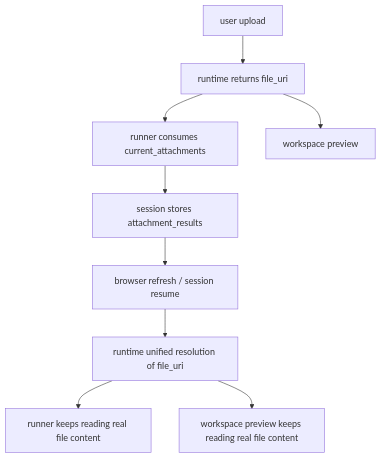
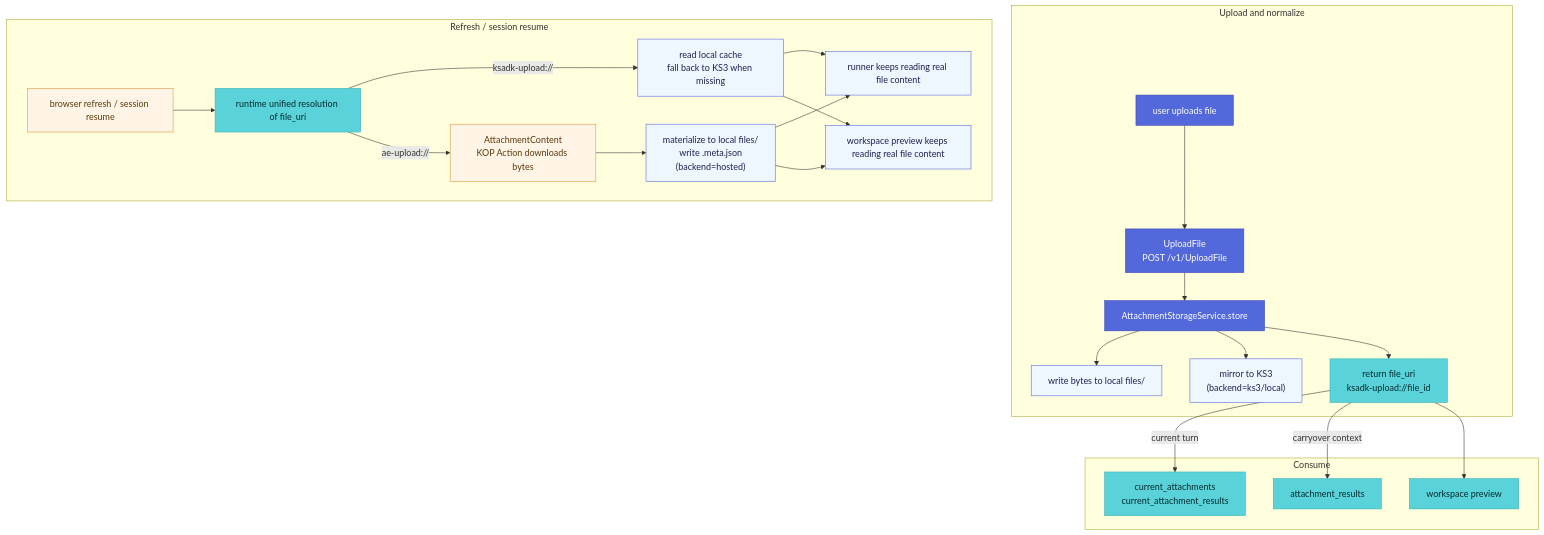
Before and after one commit to kingsoftcloud/ksadk-python: the third of 3 diagrams in docs-site/content/docs/framework/guides/attachments-multimodal.en.mdx, drawn with Mermaid. The commit also changed other lines of this file and 33 other files, not shown here.

````diff
--- a/docs-site/content/docs/framework/guides/attachments-multimodal.en.mdx
+++ b/docs-site/content/docs/framework/guides/attachments-multimodal.en.mdx
@@ -391,11 +391,32 @@
 ```mermaid
 flowchart TD
-  U["user upload"] --> R["runtime returns file_uri"]
-  R --> C["runner consumes current_attachments"]
-  R --> W["workspace preview"]
-  C --> S["session stores attachment_results"]
-  S --> F["browser refresh / session resume"]
-  F --> RC["runtime unified resolution of file_uri"]
-  RC --> C2["runner keeps reading real file content"]
-  RC --> W2["workspace preview keeps reading real file content"]
+  classDef upload fill:#5368db,stroke:#3b46b8,color:#fff
+  classDef uri fill:#59d3d9,stroke:#3aaeb4,color:#062b2d
+  classDef cache fill:#eef6ff,stroke:#5368db,color:#1b2350
+  classDef hosted fill:#fff4e6,stroke:#e0933a,color:#5a3a0a
+
+  subgraph upload_path["Upload and normalize"]
+    U["user uploads file"]:::upload --> UF["UploadFile<br/>POST /v1/UploadFile"]:::upload
+    UF --> S["AttachmentStorageService.store"]:::upload
+    S --> LC1["write bytes to local files/"]:::cache
+    S --> KS3["mirror to KS3<br/>(backend=ks3/local)"]:::cache
+    S --> R["return file_uri<br/>ksadk-upload://file_id"]:::uri
+  end
+
+  subgraph consume["Consume"]
+    R -->|"current turn"| CA["current_attachments<br/>current_attachment_results"]:::uri
+    R -->|"carryover context"| AR["attachment_results"]:::uri
+    R --> WP["workspace preview"]:::uri
+  end
+
+  subgraph refresh["Refresh / session resume"]
+    F["browser refresh / session resume"]:::hosted --> RC["runtime unified resolution of file_uri"]:::uri
+    RC -->|"ksadk-upload://"| LCR["read local cache<br/>fall back to KS3 when missing"]:::cache
+    RC -->|"ae-upload://"| AE["AttachmentContent<br/>KOP Action downloads bytes"]:::hosted
+    AE --> MZ["materialize to local files/<br/>write .meta.json<br/>(backend=hosted)"]:::cache
+    MZ --> C2["runner keeps reading real file content"]:::cache
+    LCR --> C2
+    LCR --> W2["workspace preview keeps reading real file content"]:::cache
+    MZ --> W2
+  end
 ```
````
